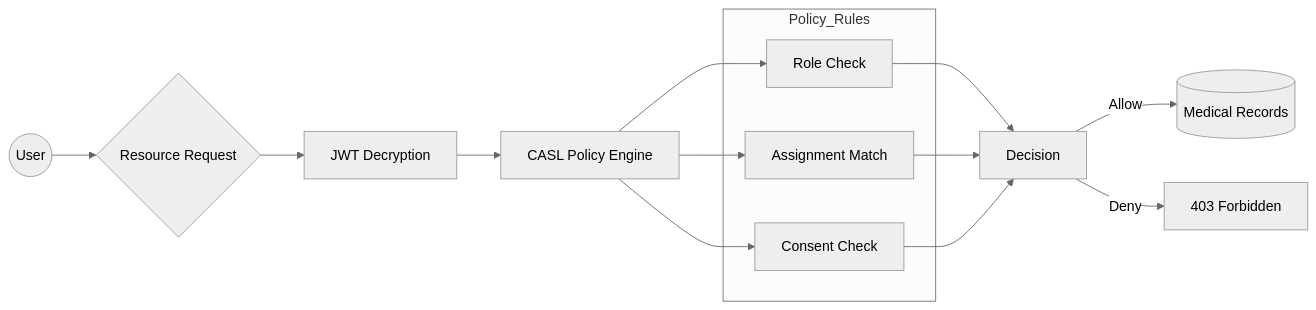
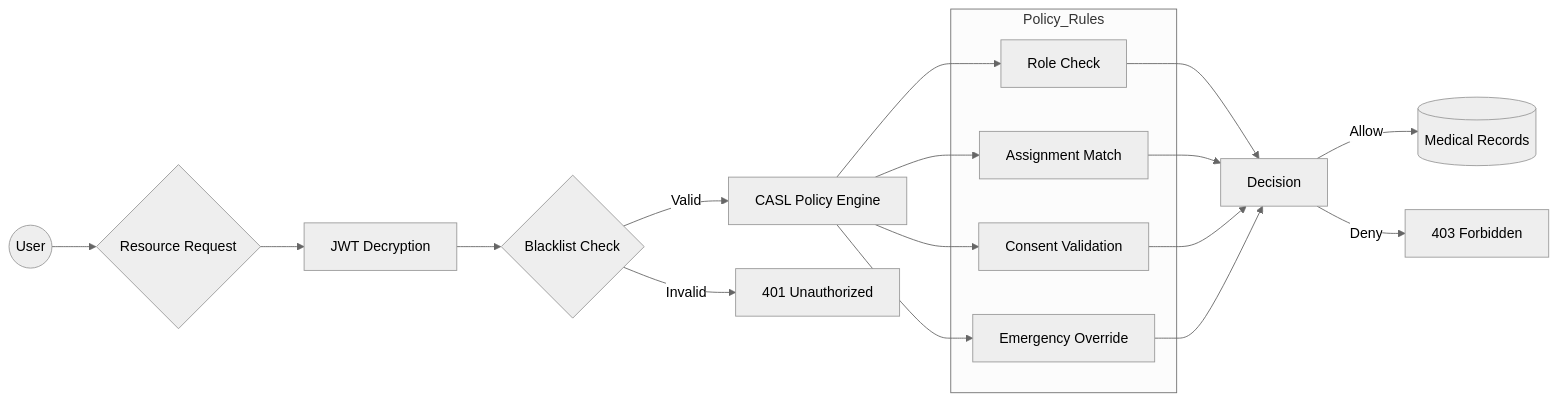
The third of 6 diagrams in README.md (HackathonCodeBase/healthcare-auth-system), drawn with Mermaid (neutral theme) before and after one commit. The commit also changed other lines of this file and 2 other files, not shown here.

````diff
--- a/README.md
+++ b/README.md
@@ -94,17 +99,20 @@
 ```mermaid
 graph LR
     User((User)) --> Request{Resource Request}
     Request --> JWT[JWT Decryption]
-    JWT --> Policy[CASL Policy Engine]
+    JWT --> Blacklist{Blacklist Check}
+    Blacklist -->|Valid| Policy[CASL Policy Engine]
+    Blacklist -->|Invalid| Deny401[401 Unauthorized]
     
     subgraph Policy_Rules
         R1[Role Check]
         R2[Assignment Match]
-        R3[Consent Check]
+        R3[Consent Validation]
+        R4[Emergency Override]
     end
     
-    Policy --> R1 & R2 & R3
-    R1 & R2 & R3 --> Dec[Decision]
+    Policy --> R1 & R2 & R3 & R4
+    R1 & R2 & R3 & R4 --> Dec[Decision]
     Dec -->|Allow| Data[(Medical Records)]
     Dec -->|Deny| Error[403 Forbidden]
 ```
````
